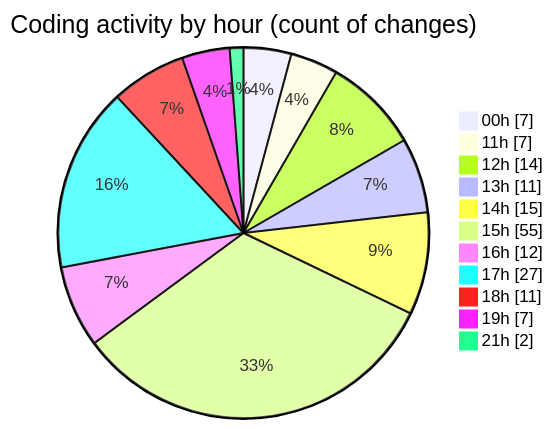
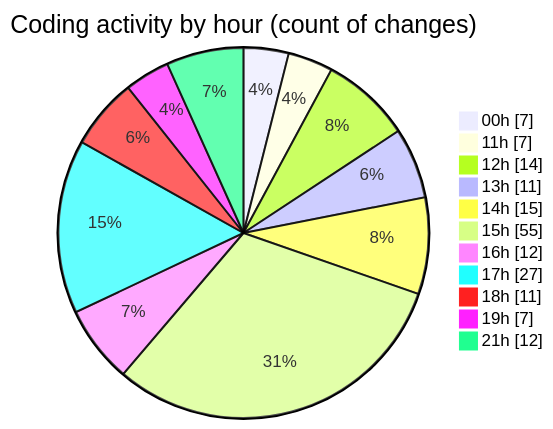
One commit to julien-gomy/code-tracking changed the second of 2 diagrams in 2025-10-08/eventscop-frontend-guide__workspace_/README.md. Above: the diagram before and after it, drawn with Mermaid. The commit also changed other lines of this file and 1 other file, not shown here.

````diff
--- a/2025-10-08/eventscop-frontend-guide__workspace_/README.md
+++ b/2025-10-08/eventscop-frontend-guide__workspace_/README.md
@@ -60,15 +71,15 @@
 ```mermaid
 pie showData
 title Coding activity by hour (count of changes)
 "00h" : 7
 "11h" : 7
 "12h" : 14
 "13h" : 11
 "14h" : 15
 "15h" : 55
 "16h" : 12
 "17h" : 27
 "18h" : 11
 "19h" : 7
-"21h" : 2
+"21h" : 12
 ```
````
